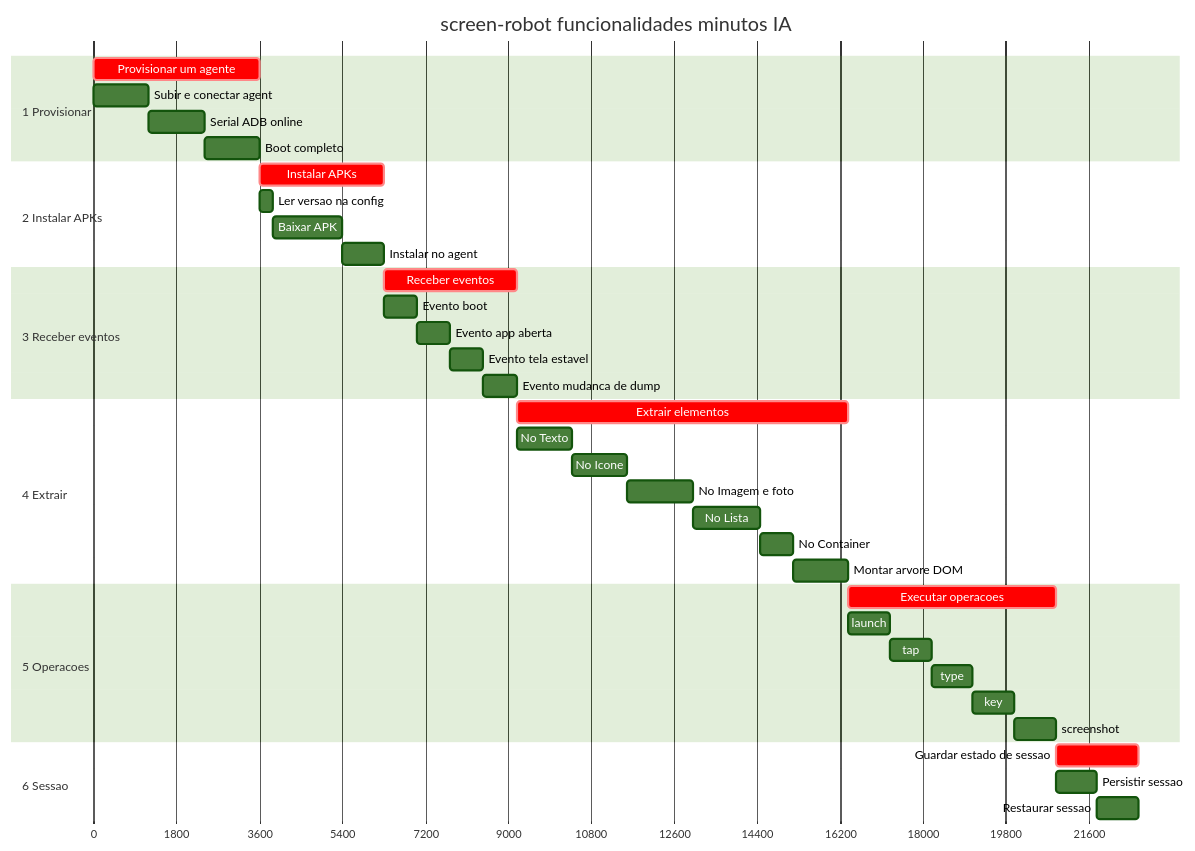
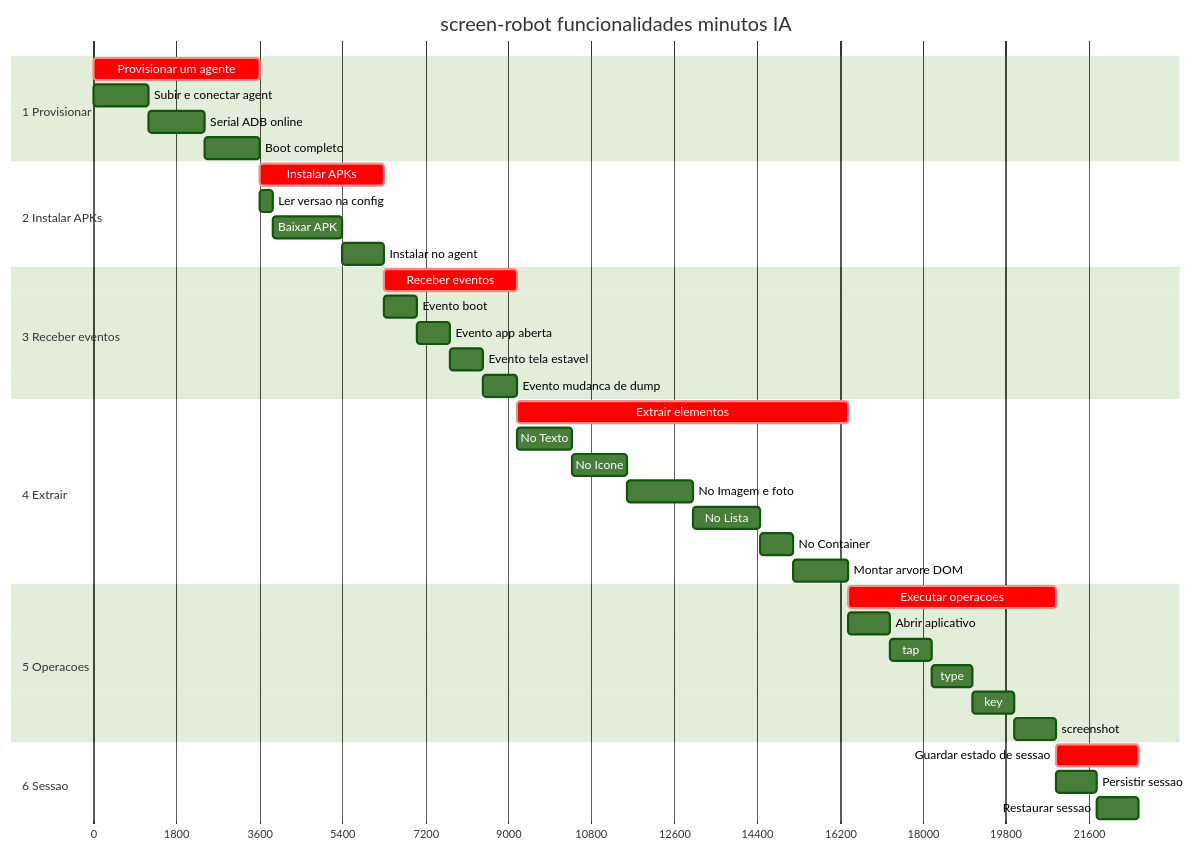
Before and after one commit to laerciogermano/workstation: the second of 3 diagrams in core/tasks/README.md, drawn with Mermaid (forest theme). The commit also changed other lines of this file and 2 other files, not shown here.

First line of the commit message:
Inclui Abrir aplicativo em Executar operações do screen-robot.

````diff
--- a/core/tasks/README.md
+++ b/core/tasks/README.md
@@ -94,47 +94,47 @@
 ```mermaid
 gantt
   title screen-robot funcionalidades minutos IA
   dateFormat X
   axisFormat %s
 
   section 1 Provisionar
   Provisionar um agente     :crit, p0, 0, 60m
   Subir e conectar agent    :p1, 0, 20m
   Serial ADB online         :p2, after p1, 20m
   Boot completo             :p3, after p2, 20m
 
   section 2 Instalar APKs
   Instalar APKs             :crit, i0, after p0, 45m
   Ler versao na config      :i1, after p0, 5m
   Baixar APK                :i2, after i1, 25m
   Instalar no agent         :i3, after i2, 15m
 
   section 3 Receber eventos
   Receber eventos           :crit, e0, after i0, 48m
   Evento boot               :e1, after i0, 12m
   Evento app aberta         :e2, after e1, 12m
   Evento tela estavel       :e3, after e2, 12m
   Evento mudanca de dump    :e4, after e3, 12m
 
   section 4 Extrair
   Extrair elementos         :crit, x0, after e0, 120m
   No Texto                  :x1, after e0, 20m
   No Icone                  :x2, after x1, 20m
   No Imagem e foto          :x3, after x2, 24m
   No Lista                  :x4, after x3, 24m
   No Container              :x5, after x4, 12m
   Montar arvore DOM         :x6, after x5, 20m
 
   section 5 Operacoes
   Executar operacoes        :crit, o0, after x0, 75m
-  launch                    :o1, after x0, 15m
+  Abrir aplicativo          :o1, after x0, 15m
   tap                       :o2, after o1, 15m
   type                      :o3, after o2, 15m
   key                       :o4, after o3, 15m
   screenshot                :o5, after o4, 15m
 
   section 6 Sessao
   Guardar estado de sessao  :crit, s0, after o0, 30m
   Persistir sessao          :s1, after o0, 15m
   Restaurar sessao          :s2, after s1, 15m
 ```
````
